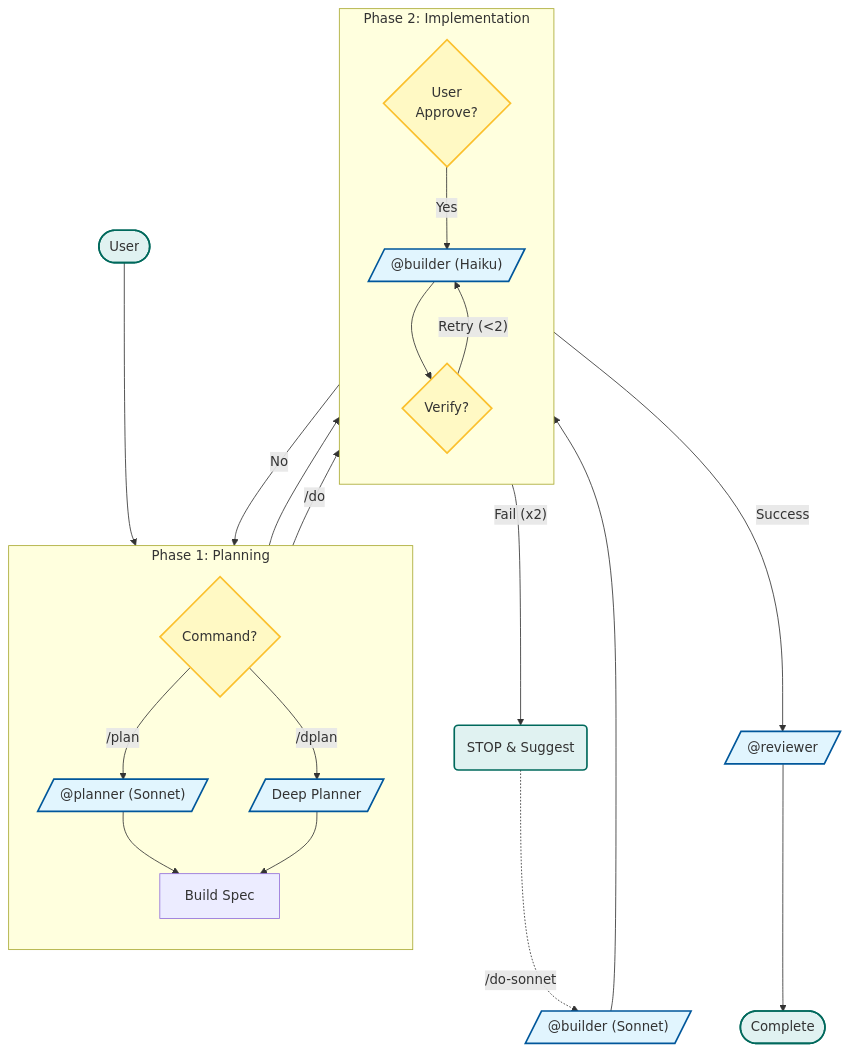
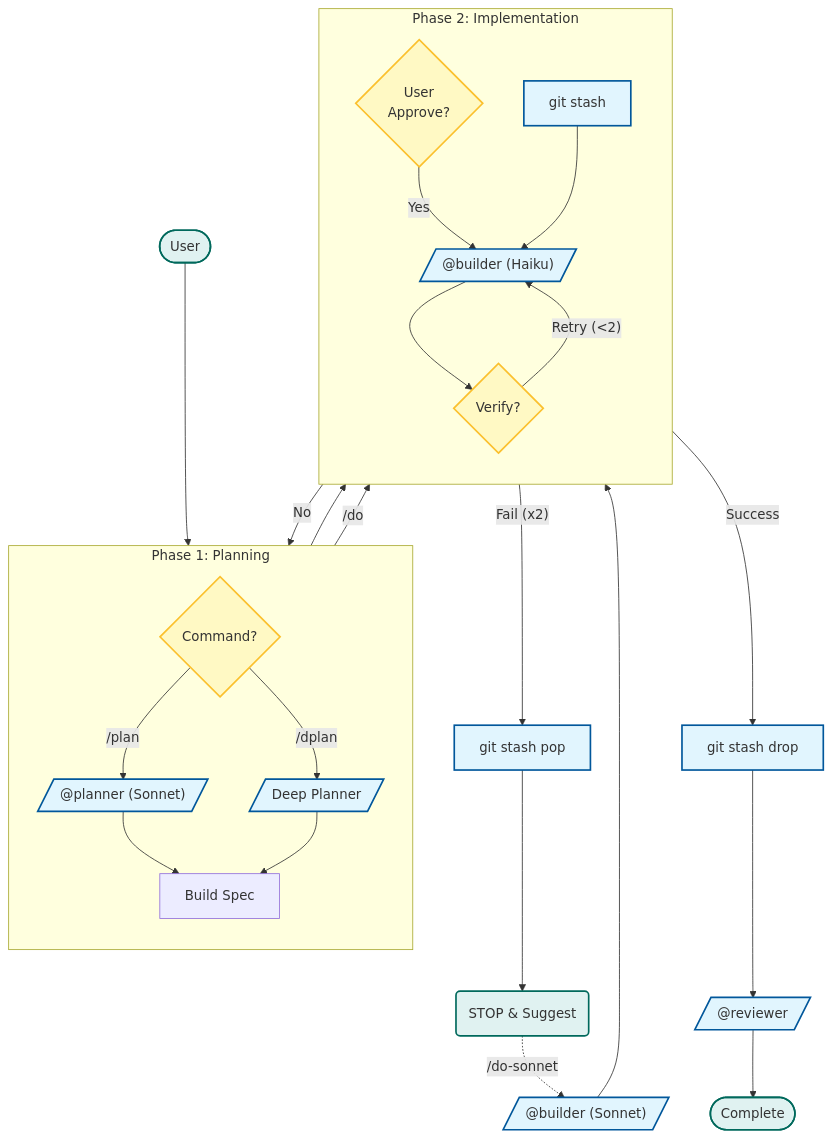
One commit to move-hoon/claude-pro-minmax changed the diagram in .claude/agents/README.ko.md. Above: the diagram before and after it, drawn with Mermaid. The commit also changed other lines of this file and 7 other files, not shown here.

````diff
--- a/.claude/agents/README.ko.md
+++ b/.claude/agents/README.ko.md
@@ -77,47 +83,50 @@
 ```mermaid
 flowchart TD
     %% Initial Request
     Start([User]) --> Cmd{Command?}
     
     %% Branch 1: Planning (Requires Approval)
     subgraph Planning ["Phase 1: Planning"]
         direction TB
         Cmd -->|/plan| Planner[/"@planner (Sonnet)"/]
         Cmd -->|/dplan| DPlanner[/"Deep Planner"/]
         Planner & DPlanner --> Spec[Build Spec]
     end
     
     %% Human-in-the-loop Logic (Validated via plan.md line 24)
     Spec --> UserAppr{User\nApprove?}
     UserAppr -- No --> Cmd
     
     %% Branch 2: Execution (Direct or Approved)
     subgraph Execution ["Phase 2: Implementation"]
         direction TB
         UserAppr -- Yes --> Builder[/"@builder (Haiku)"/]
-        Cmd -->|/do| Builder
+        Cmd -->|/do| Snap["git stash"]
+        Snap --> Builder
         
         %% Safe Execution Loop
         Builder --> Verify{Verify?}
         Verify -- "Retry (<2)" --> Builder
     end
     
     %% Branch 3: Escalation (Model Upgrade)
-    Verify -- "Fail (x2)" --> Escalate(STOP & Suggest)
+    Verify -- "Fail (x2)" --> Pop["git stash pop"]
+    Pop --> Escalate(STOP & Suggest)
     Escalate -.->|"/do-sonnet"| SonnetExec[/"@builder (Sonnet)"/]
     SonnetExec --> Verify
     
     %% Branch 4: Completion
-    Verify -->|Success| Reviewer[/"@reviewer"/]
+    Verify -->|Success| Drop["git stash drop"]
+    Drop --> Reviewer[/"@reviewer"/]
     Reviewer --> Done([Complete])
 
     %% Styling
     classDef agent fill:#e1f5fe,stroke:#01579b,stroke-width:2px;
     classDef logic fill:#fff9c4,stroke:#fbc02d,stroke-width:2px;
     classDef term fill:#e0f2f1,stroke:#00695c,stroke-width:2px;
     classDef fail fill:#ffebee,stroke:#c62828,stroke-width:2px,stroke-dasharray: 5 5;
     
-    class Planner,DPlanner,Builder,Reviewer,SonnetExec agent;
+    class Planner,DPlanner,Builder,Reviewer,SonnetExec,Snap,Pop,Drop agent;
     class Cmd,Verify,UserAppr logic;
     class Start,Done,Escalate term;
 ```
````
